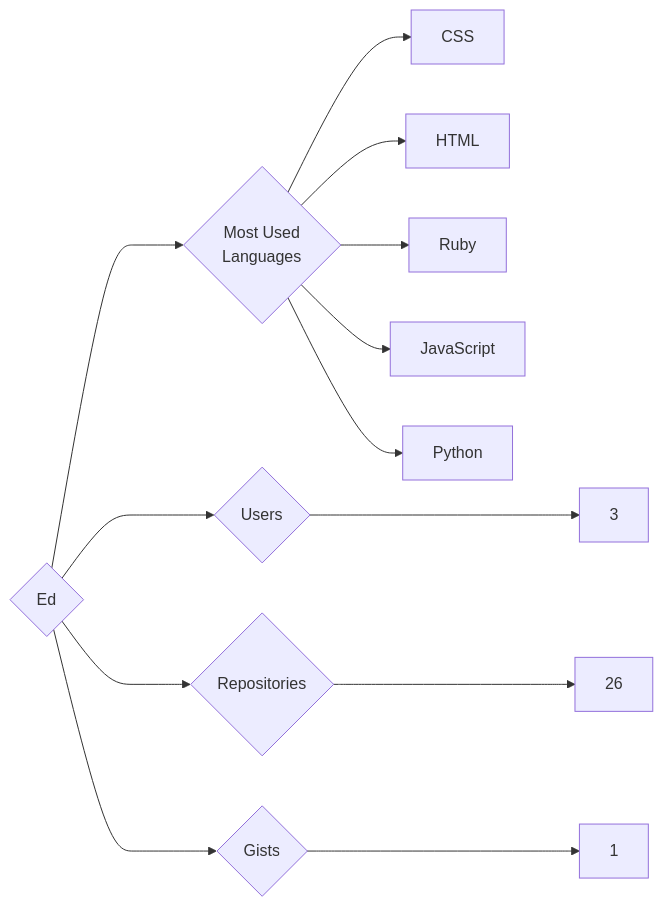
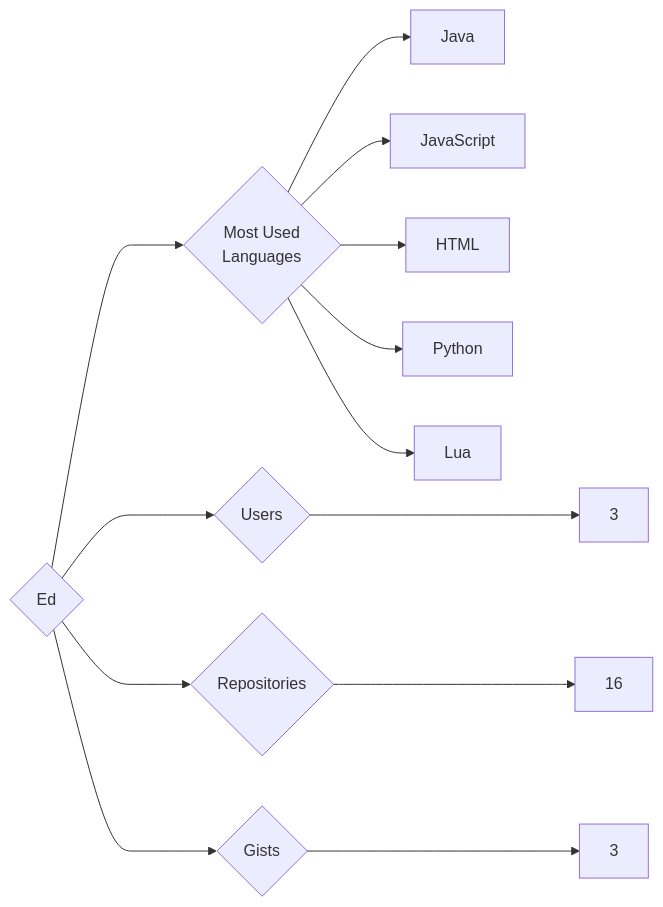
One commit to trickest/insiders changed the diagram in targets/Ed/README.md. Above: the diagram before and after it, drawn with Mermaid. The commit also changed 681 other files, not shown here.

````diff
--- a/targets/Ed/README.md
+++ b/targets/Ed/README.md
@@ -3,13 +3,13 @@
 ```mermaid
 graph LR
 COMPANY_NAME{Ed}
 COMPANY_NAME ---> U{Users} ---> UN[3]
-COMPANY_NAME ---> R{Repositories} ---> RN[26]
-COMPANY_NAME ---> G{Gists} ---> GN[1]
+COMPANY_NAME ---> R{Repositories} ---> RN[16]
+COMPANY_NAME ---> G{Gists} ---> GN[3]
 COMPANY_NAME ---> ML{Most Used<br>Languages}
-ML --> CSS[CSS]
+ML --> Java[Java]
+ML --> JavaScript[JavaScript]
 ML --> HTML[HTML]
-ML --> Ruby[Ruby]
-ML --> JavaScript[JavaScript]
 ML --> Python[Python]
+ML --> Lua[Lua]
 ```
````
